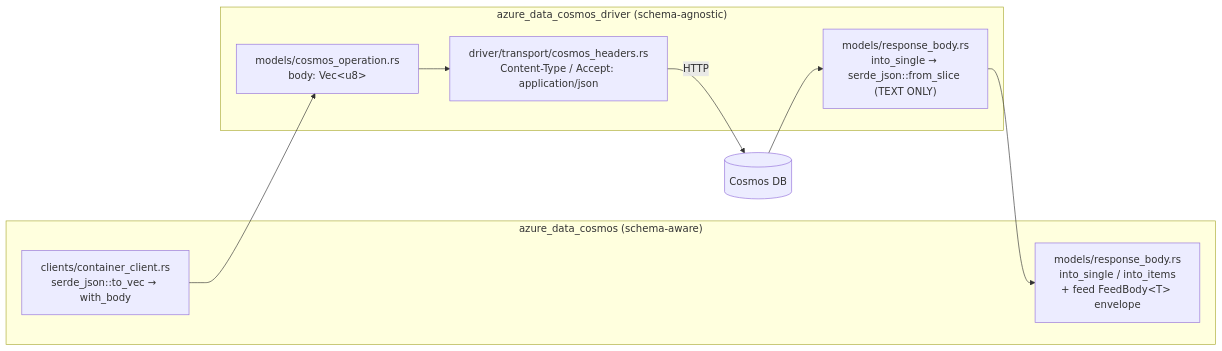
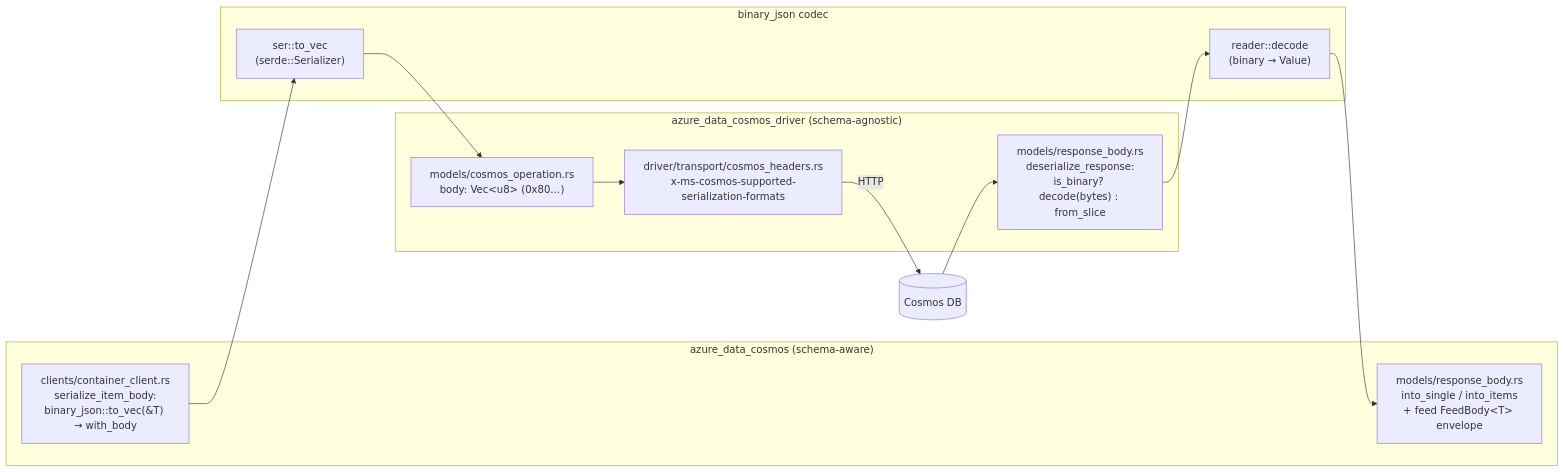
One commit to Azure/azure-sdk-for-rust changed the first of 2 diagrams in sdk/cosmos/azure_data_cosmos_driver/docs/BINARY_ENCODING_SPEC.md. Above: the diagram before and after it, drawn with Mermaid. The commit also changed other lines of this file, not shown here.

First line of the commit message:
cosmos(docs): rewrite binary-encoding spec around the native serde serializer

````diff
--- a/sdk/cosmos/azure_data_cosmos_driver/docs/BINARY_ENCODING_SPEC.md
+++ b/sdk/cosmos/azure_data_cosmos_driver/docs/BINARY_ENCODING_SPEC.md
@@ -147,15 +161,19 @@
 ```mermaid
 flowchart LR
   subgraph SDK["azure_data_cosmos (schema-aware)"]
-    CI["clients/container_client.rs<br/>serde_json::to_vec → with_body"]
+    CI["clients/container_client.rs<br/>serialize_item_body:<br/>binary_json::to_vec(&T) → with_body"]
     RB["models/response_body.rs<br/>into_single / into_items<br/>+ feed FeedBody&lt;T&gt; envelope"]
   end
   subgraph DRV["azure_data_cosmos_driver (schema-agnostic)"]
-    OP["models/cosmos_operation.rs<br/>body: Vec&lt;u8&gt;"]
-    HDR["driver/transport/cosmos_headers.rs<br/>Content-Type / Accept: application/json"]
-    DRB["models/response_body.rs<br/>into_single → serde_json::from_slice (TEXT ONLY)"]
+    OP["models/cosmos_operation.rs<br/>body: Vec&lt;u8&gt; (0x80…)"]
+    HDR["driver/transport/cosmos_headers.rs<br/>x-ms-cosmos-supported-serialization-formats"]
+    DRB["models/response_body.rs<br/>deserialize_response:<br/>is_binary? decode(bytes) : from_slice"]
   end
-  CI --> OP --> HDR
+  subgraph CODEC["binary_json codec"]
+    SER["ser::to_vec<br/>(serde::Serializer)"]
+    DEC["reader::decode<br/>(binary → Value)"]
+  end
+  CI --> SER --> OP --> HDR
   HDR -->|HTTP| SVC[(Cosmos DB)]
-  SVC --> DRB --> RB
+  SVC --> DRB --> DEC --> RB
 ```
````
